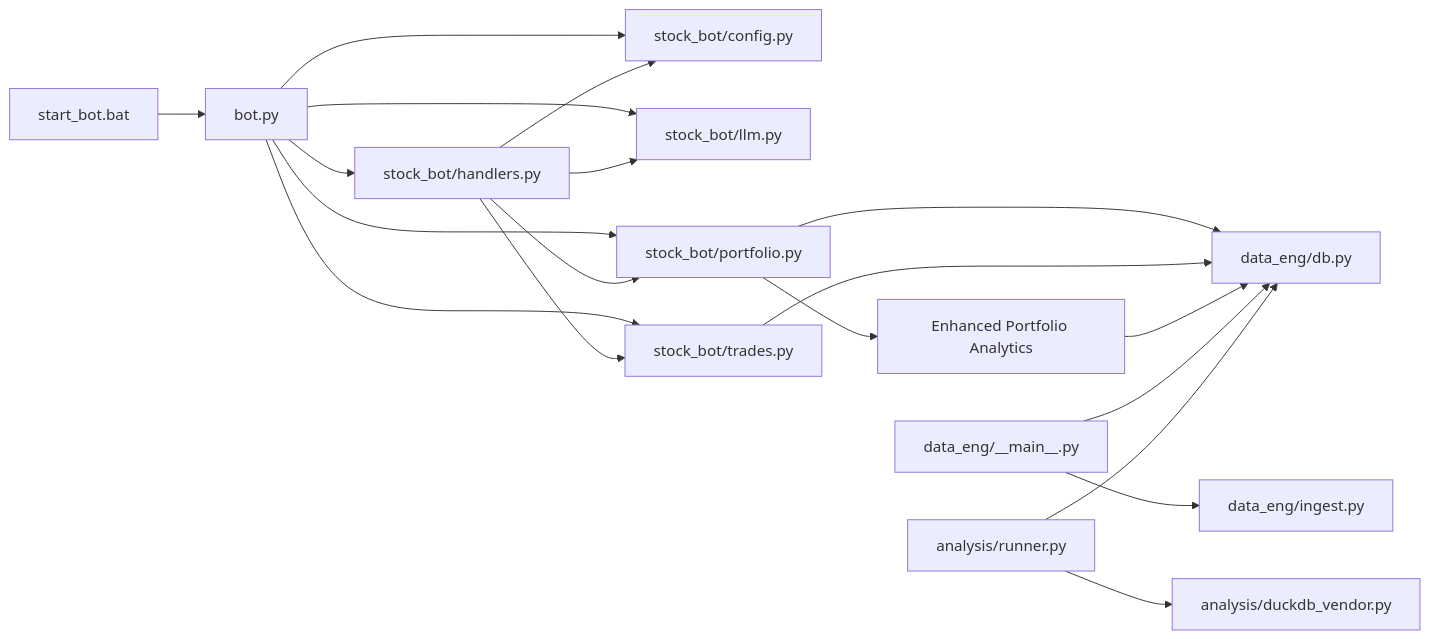
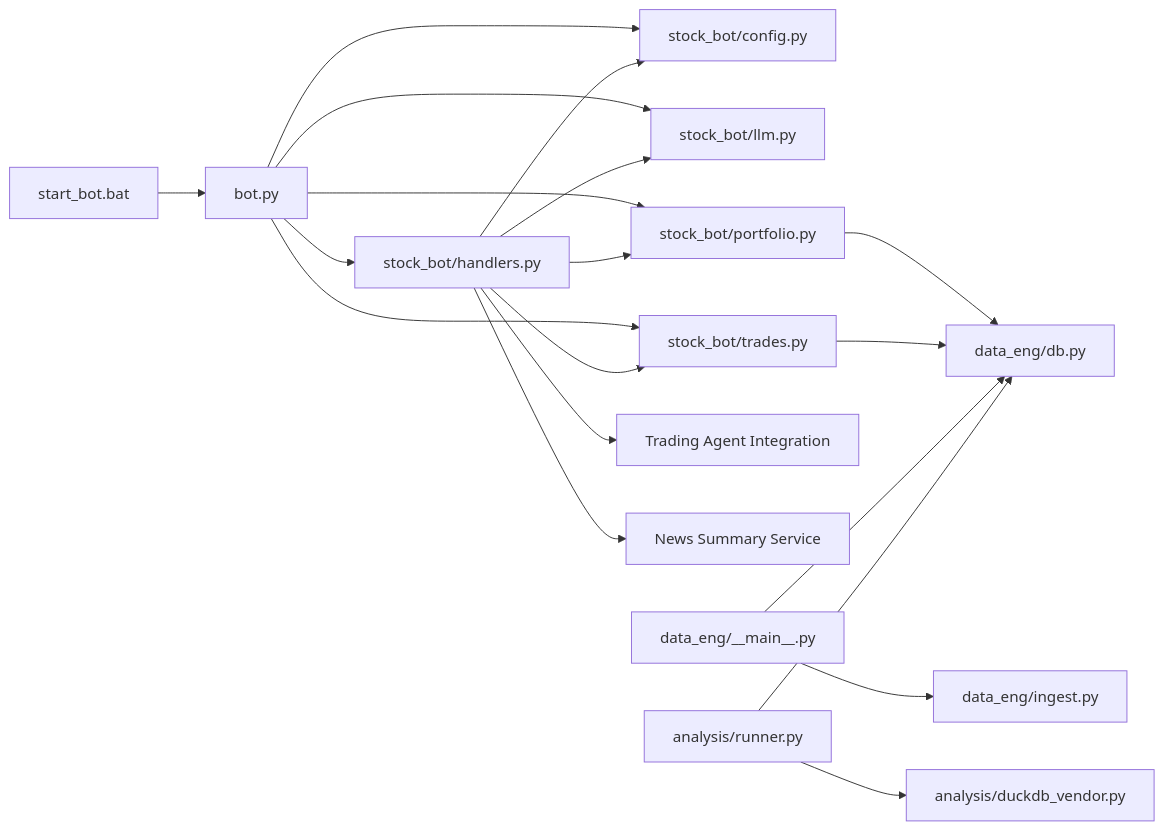
The ninth of 9 diagrams in .qoder/repowiki/en/content/Core Components/Stock Trading Bot.md (ZengSeng/telegram-bot), drawn with Mermaid before and after one commit. The commit also changed other lines of this file and 7 other files, not shown here.

Commit message:
Done summary and news

````diff
--- a/.qoder/repowiki/en/content/Core Components/Stock Trading Bot.md
+++ b/.qoder/repowiki/en/content/Core Components/Stock Trading Bot.md
@@ -656,21 +775,21 @@
 ```mermaid
 graph LR
 BOT["bot.py"] --> HANDLERS["stock_bot/handlers.py"]
 BOT --> CFG["stock_bot/config.py"]
 BOT --> LLM["stock_bot/llm.py"]
 BOT --> PORTFOLIO["stock_bot/portfolio.py"]
 BOT --> TRADES["stock_bot/trades.py"]
 HANDLERS --> PORTFOLIO
 HANDLERS --> TRADES
 HANDLERS --> LLM
 HANDLERS --> CFG
-PORTFOLIO --> PORTFOLIO_ANALYTICS["Enhanced Portfolio Analytics"]
+HANDLERS --> TRADING_AGENT["Trading Agent Integration"]
+HANDLERS --> NEWS_SERVICE["News Summary Service"]
 PORTFOLIO --> DB["data_eng/db.py"]
 TRADES --> DB
-PORTFOLIO_ANALYTICS --> DB
 DATA_MAIN["data_eng/__main__.py"] --> INGEST["data_eng/ingest.py"]
 DATA_MAIN --> DB
 ANALYSIS_RUNNER["analysis/runner.py"] --> DUCK["analysis/duckdb_vendor.py"]
 ANALYSIS_RUNNER --> DB
 STARTBAT["start_bot.bat"] --> BOT
 ```
````
